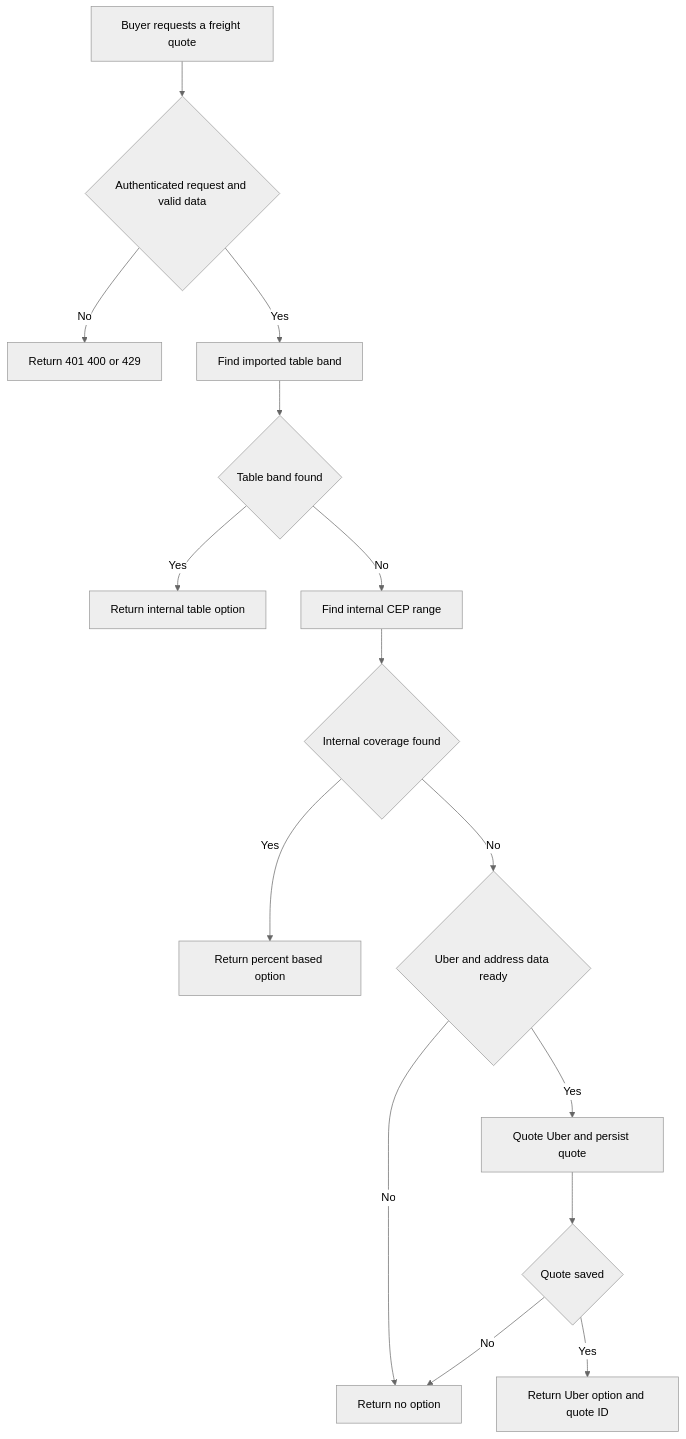
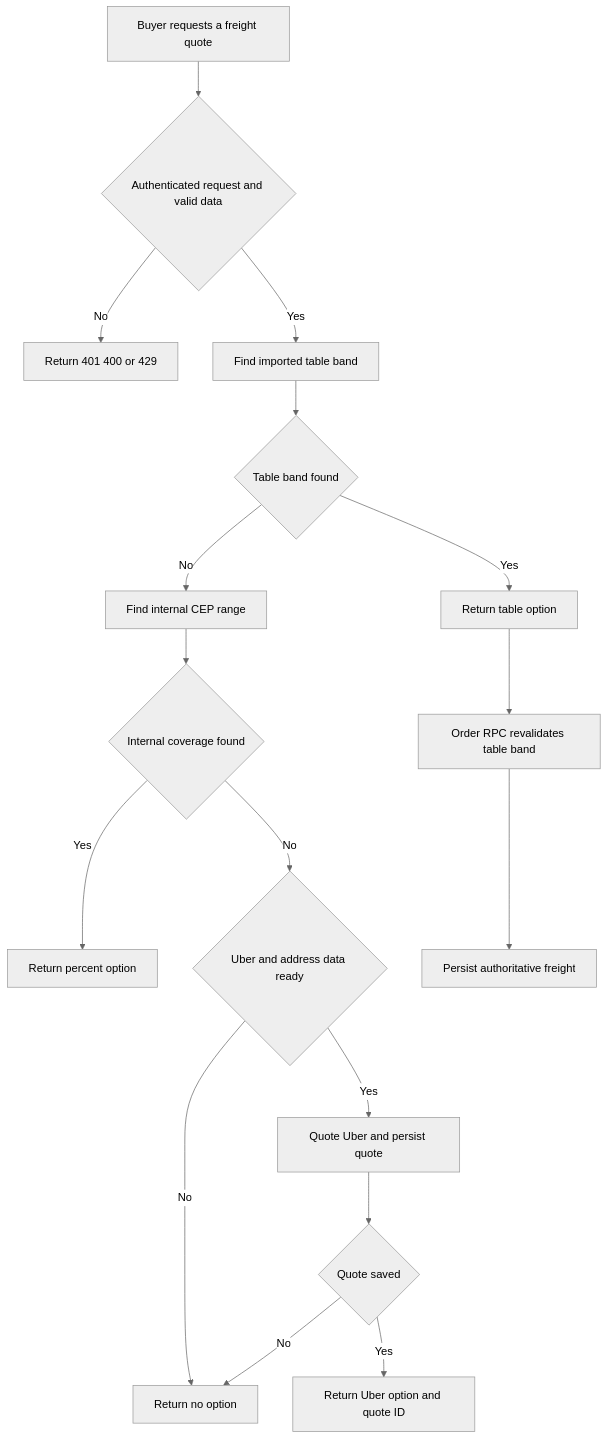
One commit to Schneider-Gr/industria24hIA changed the first of 2 diagrams in openwiki/workflows/fulfillment-and-logistics.md. Above: the diagram before and after it, drawn with Mermaid (neutral theme). The commit also changed other lines of this file and 28 other files, not shown here.

````diff
--- a/openwiki/workflows/fulfillment-and-logistics.md
+++ b/openwiki/workflows/fulfillment-and-logistics.md
@@ -75,17 +81,19 @@
 ```mermaid
 flowchart TD
     Request["Buyer requests a freight quote"] --> Valid{"Authenticated request and valid data"}
     Valid -- No --> Reject["Return 401 400 or 429"]
     Valid -- Yes --> Table["Find imported table band"]
     Table --> FoundTable{"Table band found"}
-    FoundTable -- Yes --> ReturnTable["Return internal table option"]
+    FoundTable -- Yes --> ReturnTable["Return table option"]
     FoundTable -- No --> Internal["Find internal CEP range"]
     Internal --> FoundInternal{"Internal coverage found"}
-    FoundInternal -- Yes --> ReturnInternal["Return percent based option"]
+    FoundInternal -- Yes --> ReturnInternal["Return percent option"]
     FoundInternal -- No --> Ready{"Uber and address data ready"}
     Ready -- No --> Empty["Return no option"]
     Ready -- Yes --> Quote["Quote Uber and persist quote"]
     Quote --> Saved{"Quote saved"}
     Saved -- Yes --> ReturnUber["Return Uber option and quote ID"]
     Saved -- No --> Empty
+    ReturnTable --> Create["Order RPC revalidates table band"]
+    Create --> Persist["Persist authoritative freight"]
 ```
````
